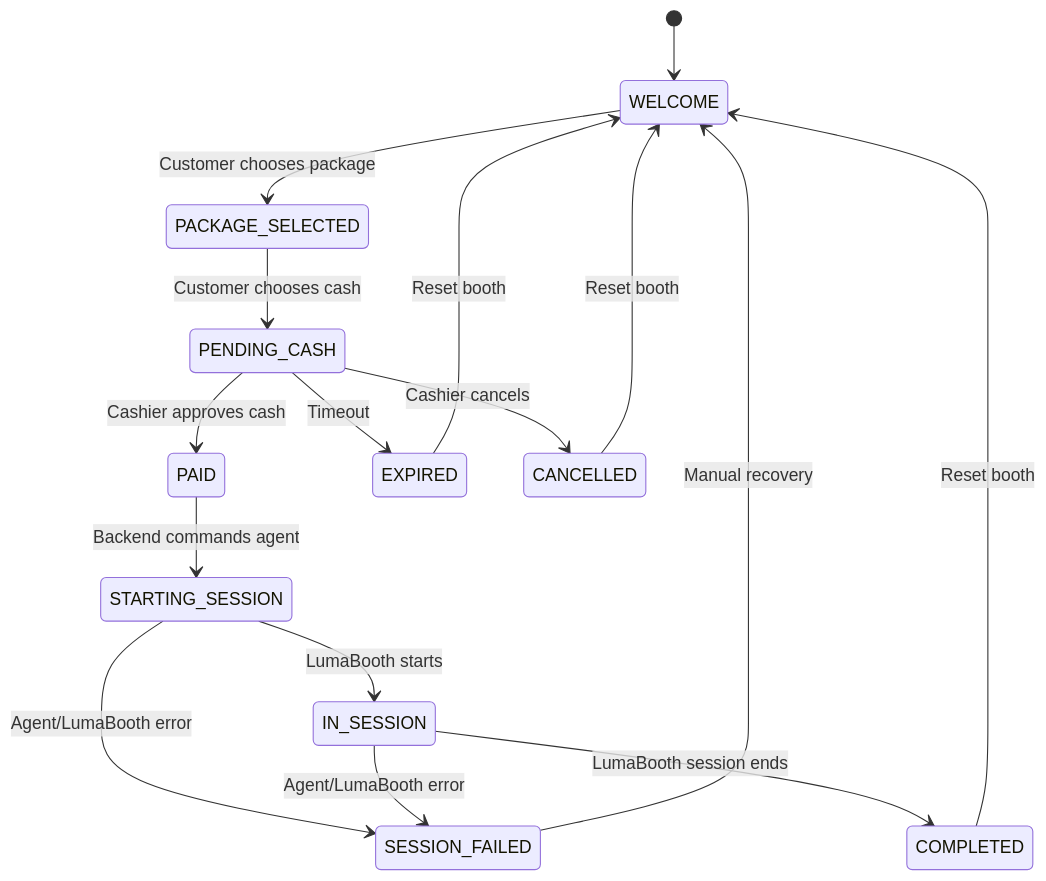
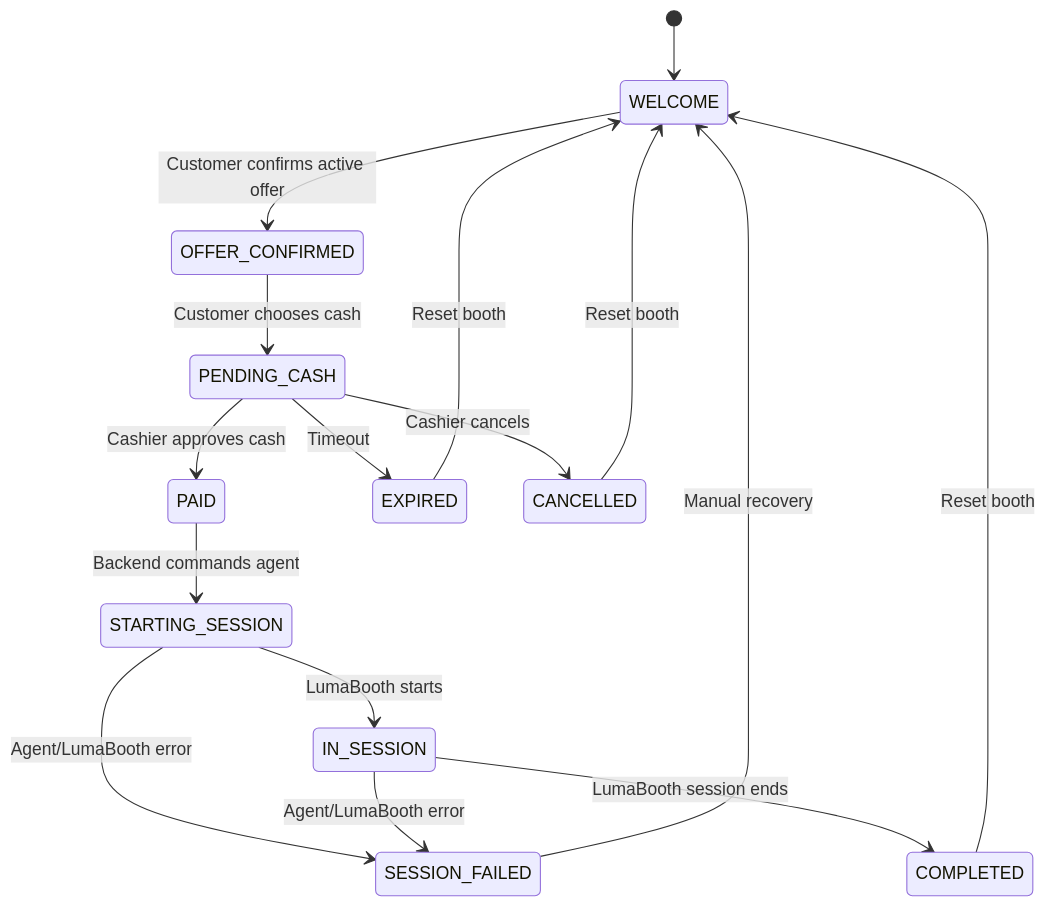
Before and after one commit to quinjan/PhotoBIZ: the fifth of 9 diagrams in docs/ARCHITECTURE.md, drawn with Mermaid. The commit also changed other lines of this file and 12 other files, not shown here.

````diff
--- a/docs/ARCHITECTURE.md
+++ b/docs/ARCHITECTURE.md
@@ -146,18 +173,18 @@
 ```mermaid
 stateDiagram-v2
   [*] --> WELCOME
-  WELCOME --> PACKAGE_SELECTED: Customer chooses package
-  PACKAGE_SELECTED --> PENDING_CASH: Customer chooses cash
+  WELCOME --> OFFER_CONFIRMED: Customer confirms active offer
+  OFFER_CONFIRMED --> PENDING_CASH: Customer chooses cash
   PENDING_CASH --> PAID: Cashier approves cash
   PENDING_CASH --> EXPIRED: Timeout
   PENDING_CASH --> CANCELLED: Cashier cancels
   PAID --> STARTING_SESSION: Backend commands agent
   STARTING_SESSION --> IN_SESSION: LumaBooth starts
   IN_SESSION --> COMPLETED: LumaBooth session ends
   STARTING_SESSION --> SESSION_FAILED: Agent/LumaBooth error
   IN_SESSION --> SESSION_FAILED: Agent/LumaBooth error
   COMPLETED --> WELCOME: Reset booth
   EXPIRED --> WELCOME: Reset booth
   CANCELLED --> WELCOME: Reset booth
   SESSION_FAILED --> WELCOME: Manual recovery
 ```
````
